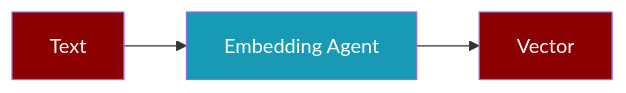
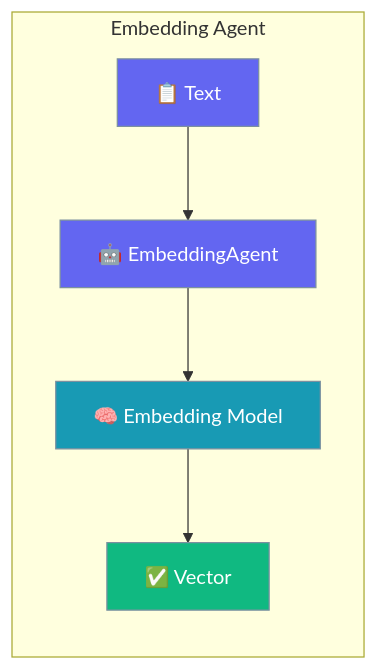
One commit to MervinPraison/PraisonAIDocs changed the first of 2 diagrams in docs/agents/embedding.mdx. Above: the diagram before and after it, drawn with Mermaid. The commit also changed other lines of this file and 1 other file, not shown here.

Commit message:
docs: AGENTS.md compliance for deep-research, embedding agents (#1733)

````diff
--- a/docs/agents/embedding.mdx
+++ b/docs/agents/embedding.mdx
@@ -8,9 +19,16 @@
 ```mermaid
-flowchart LR
-    In[Text] --> Agent[Embedding Agent]
-    Agent --> Out[Vector]
-    
-    style In fill:#8B0000,color:#fff
-    style Agent fill:#189AB4,color:#fff
-    style Out fill:#8B0000,color:#fff
+graph LR
+    subgraph "Embedding Agent"
+        User[📋 Text] --> Agent[🤖 EmbeddingAgent]
+        Agent --> Model[🧠 Embedding Model]
+        Model --> Result[✅ Vector]
+    end
+
+    classDef input fill:#6366F1,stroke:#7C90A0,color:#fff
+    classDef process fill:#189AB4,stroke:#7C90A0,color:#fff
+    classDef output fill:#10B981,stroke:#7C90A0,color:#fff
+
+    class User,Agent input
+    class Model process
+    class Result output
 ```
````
